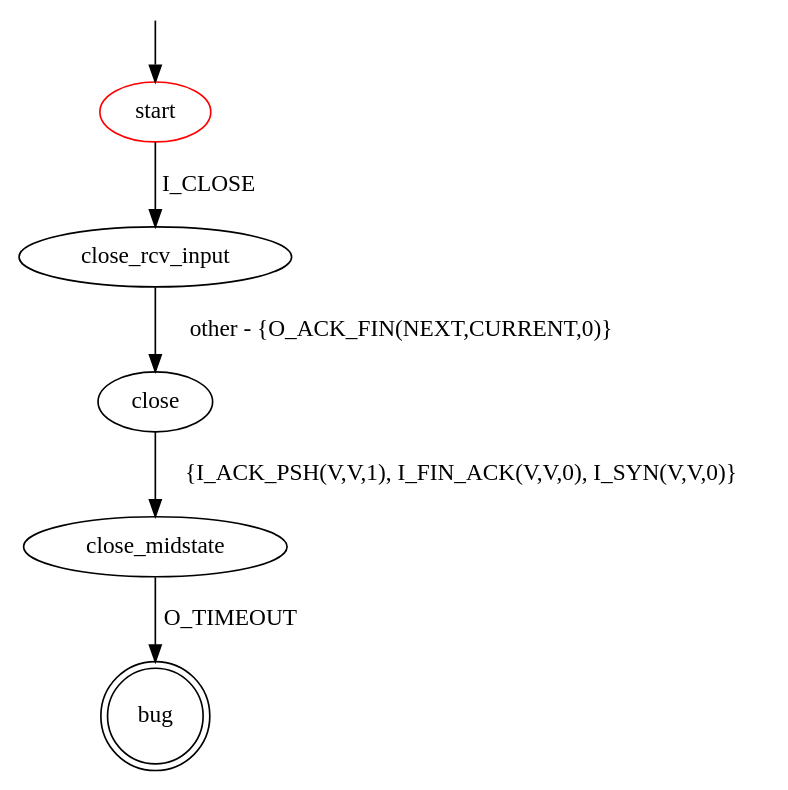
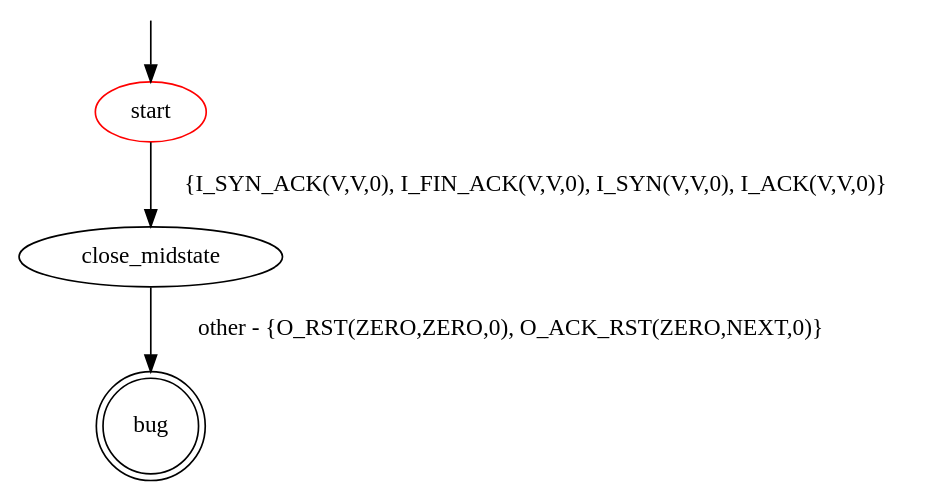
The diagram in src/main/resources/patterns/tcp/rst_absence_on_close_state.dot (assist-project/state-machine-bug-finder), drawn with Graphviz before and after one commit. The commit also changed 19 other files, not shown here.

```diff
--- a/src/main/resources/patterns/tcp/rst_absence_on_close_state.dot
+++ b/src/main/resources/patterns/tcp/rst_absence_on_close_state.dot
@@ -1,13 +1,12 @@
 digraph G {
 label=""
 start [color="red"]
 bug [shape="doublecircle"]
 
-start -> close_rcv_input [label="I_CLOSE"]
-close_rcv_input -> close [label="other - {O_ACK_FIN(NEXT,CURRENT,0)}"]
-close -> close_midstate [label="{I_ACK_PSH(V,V,1), I_FIN_ACK(V,V,0), I_SYN(V,V,0)}"]
-close_midstate -> bug [label="O_TIMEOUT"]
+
+start -> close_midstate [label="{I_SYN_ACK(V,V,0), I_FIN_ACK(V,V,0), I_SYN(V,V,0), I_ACK(V,V,0)}"]
+close_midstate -> bug [label="other - {O_RST(ZERO,ZERO,0), O_ACK_RST(ZERO,NEXT,0)}"]
 
 __start0 [label="" shape="none" width="0" height="0"];
 __start0 -> start;
 }
```
